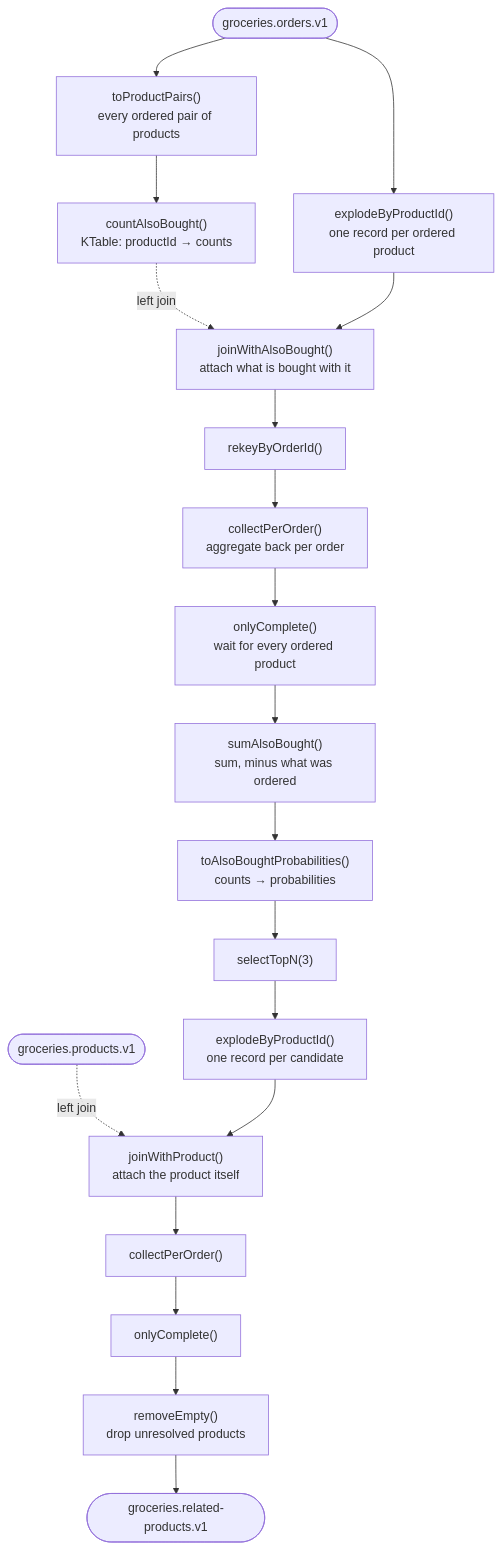
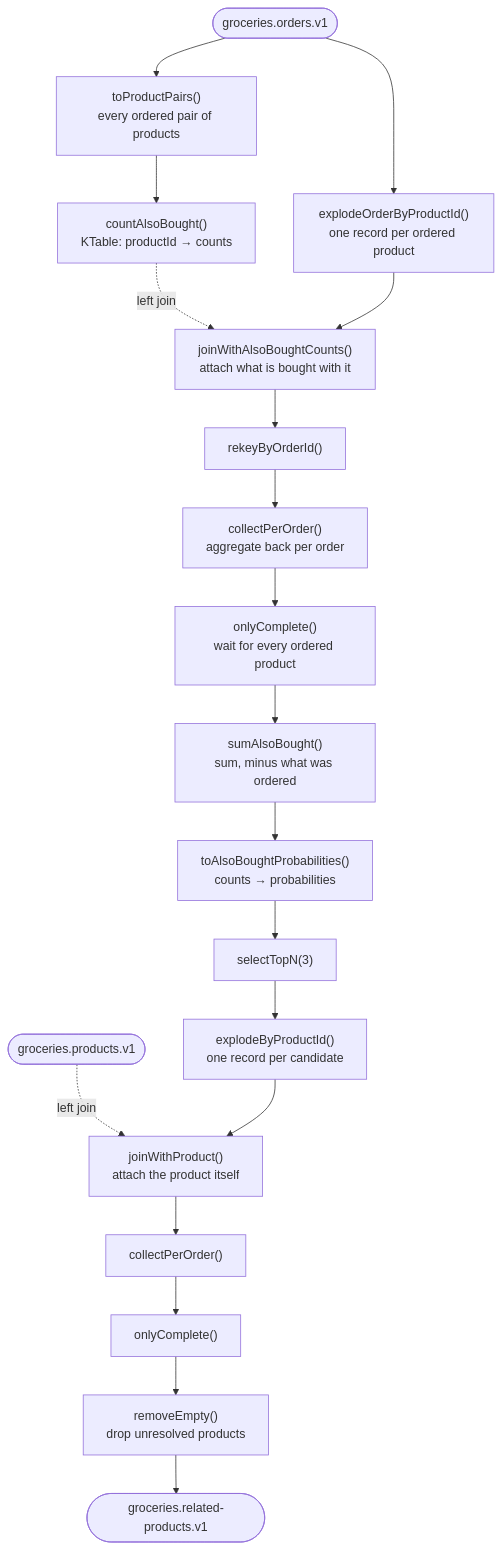
One commit to marcgoosen/groceries-monorepo changed the diagram in README.md. Above: the diagram before and after it, drawn with Mermaid. The commit also changed 4 other files, not shown here.

First line of the commit message:
refactor: say which stream the explode and join operate on

````diff
--- a/README.md
+++ b/README.md
@@ -21,23 +21,23 @@
 ```mermaid
 flowchart TD
     ORDERS([groceries.orders.v1]) --> PAIRS["toProductPairs()<br/>every ordered pair of products"]
     PAIRS --> COUNT["countAlsoBought()<br/>KTable: productId → counts"]
 
-    ORDERS --> EXPLODE["explodeByProductId()<br/>one record per ordered product"]
+    ORDERS --> EXPLODE["explodeOrderByProductId()<br/>one record per ordered product"]
     COUNT -.->|left join| JOIN
-    EXPLODE --> JOIN["joinWithAlsoBought()<br/>attach what is bought with it"]
+    EXPLODE --> JOIN["joinWithAlsoBoughtCounts()<br/>attach what is bought with it"]
     JOIN --> REKEY["rekeyByOrderId()"]
     REKEY --> COLLECT["collectPerOrder()<br/>aggregate back per order"]
     COLLECT --> COMPLETE["onlyComplete()<br/>wait for every ordered product"]
     COMPLETE --> SUM["sumAlsoBought()<br/>sum, minus what was ordered"]
     SUM --> PROBS["toAlsoBoughtProbabilities()<br/>counts → probabilities"]
     PROBS --> TOPN["selectTopN(3)"]
     TOPN --> EXPLODE2["explodeByProductId()<br/>one record per candidate"]
 
     PRODUCTS([groceries.products.v1]) -.->|left join| JOIN2
     EXPLODE2 --> JOIN2["joinWithProduct()<br/>attach the product itself"]
     JOIN2 --> COLLECT2["collectPerOrder()"]
     COLLECT2 --> COMPLETE2["onlyComplete()"]
     COMPLETE2 --> CLEAN["removeEmpty()<br/>drop unresolved products"]
     CLEAN --> OUT([groceries.related-products.v1])
 ```
````
